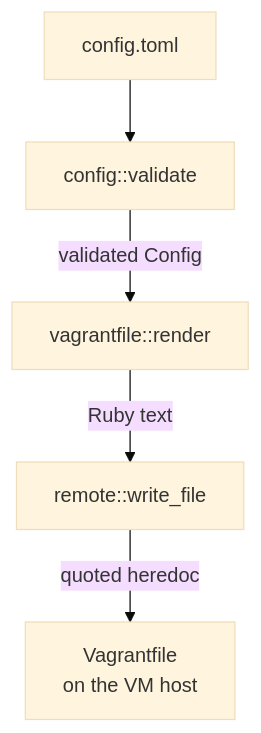
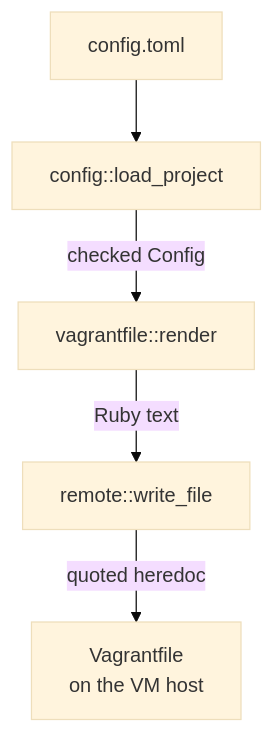
The sixth of 6 diagrams in docs/architecture.md (breki/bombyx), drawn with Mermaid (base theme) before and after one commit. The commit also changed other lines of this file and 13 other files, not shown here.

````diff
--- a/docs/architecture.md
+++ b/docs/architecture.md
@@ -712,13 +722,13 @@
 ```mermaid
 flowchart TD
   toml["config.toml"]
-  val["config::validate"]
+  val["config::load_project"]
   render["vagrantfile::render"]
   write["remote::write_file"]
   out["Vagrantfile<br/>on the VM host"]
 
   toml --> val
-  val -- "validated Config" --> render
+  val -- "checked Config" --> render
   render -- "Ruby text" --> write
   write -- "quoted heredoc" --> out
 ```
````
